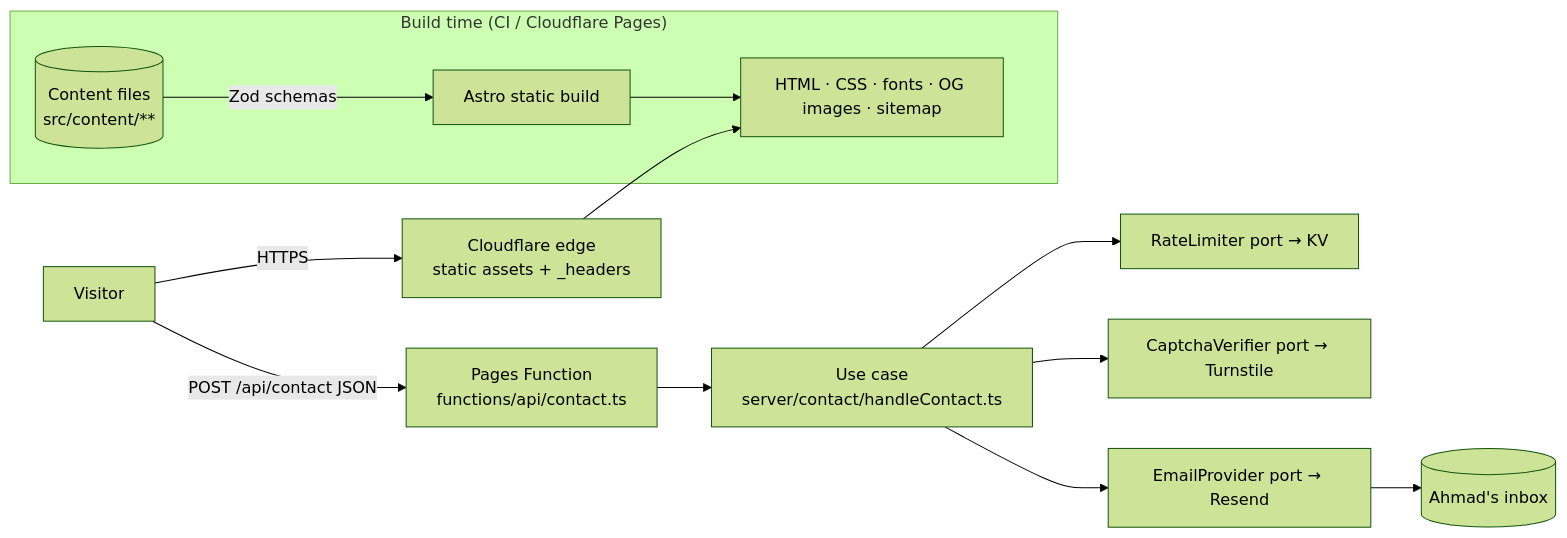
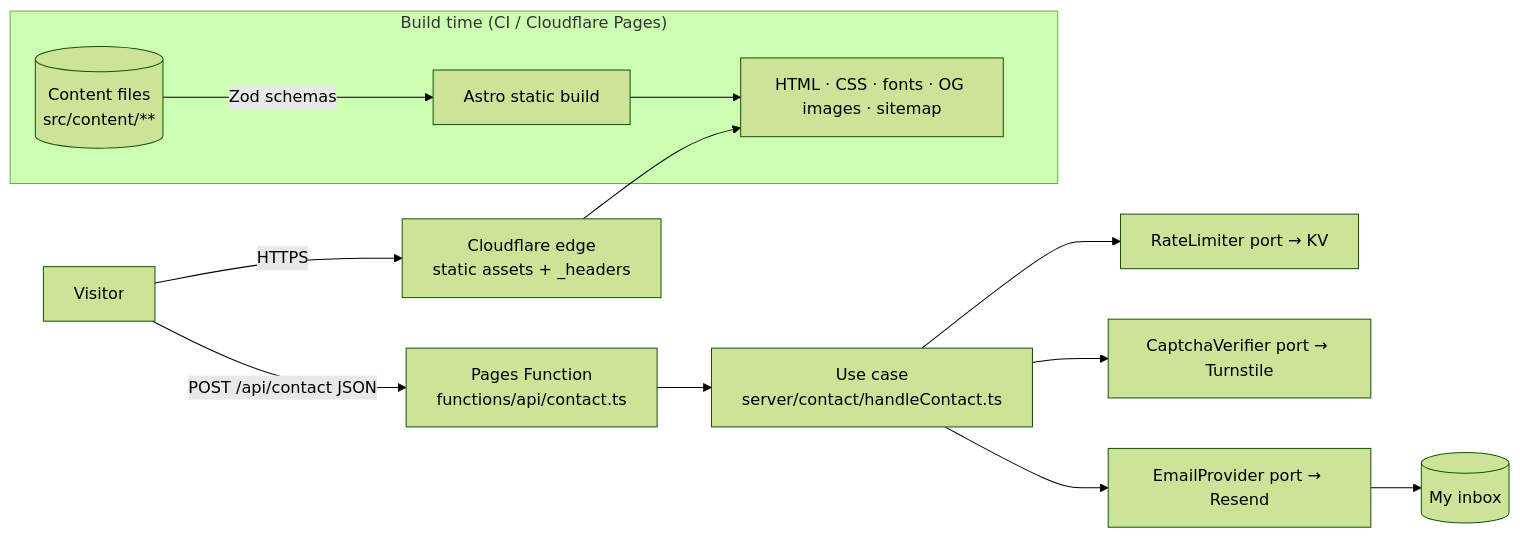
The diagram in README.md (ahmadhamarsheh/Portfolio), drawn with Mermaid (forest theme) before and after one commit. The commit also changed other lines of this file and 54 other files, not shown here.

````diff
--- a/README.md
+++ b/README.md
@@ -14,15 +9,15 @@
 ```mermaid
 flowchart LR
   subgraph Build["Build time (CI / Cloudflare Pages)"]
     C[(Content files<br/>src/content/**)] -->|Zod schemas| A[Astro static build]
     A --> H[HTML · CSS · fonts · OG images · sitemap]
   end
   V[Visitor] -->|HTTPS| CDN[Cloudflare edge<br/>static assets + _headers]
   CDN --> H
   V -->|POST /api/contact JSON| F[Pages Function<br/>functions/api/contact.ts]
   F --> U[Use case<br/>server/contact/handleContact.ts]
   U --> RL[RateLimiter port → KV]
   U --> CA[CaptchaVerifier port → Turnstile]
   U --> EM[EmailProvider port → Resend]
-  EM --> I[(Ahmad's inbox)]
+  EM --> I[(My inbox)]
 ```
````
